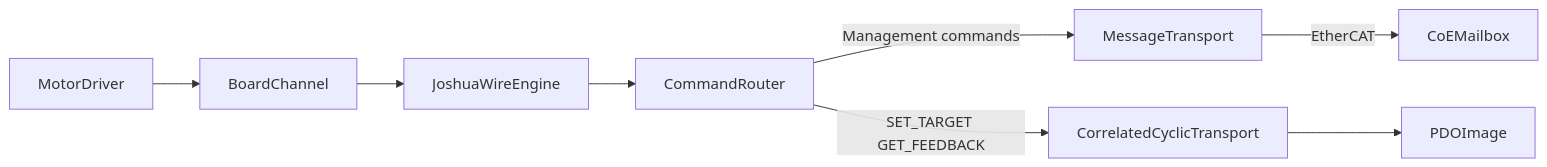
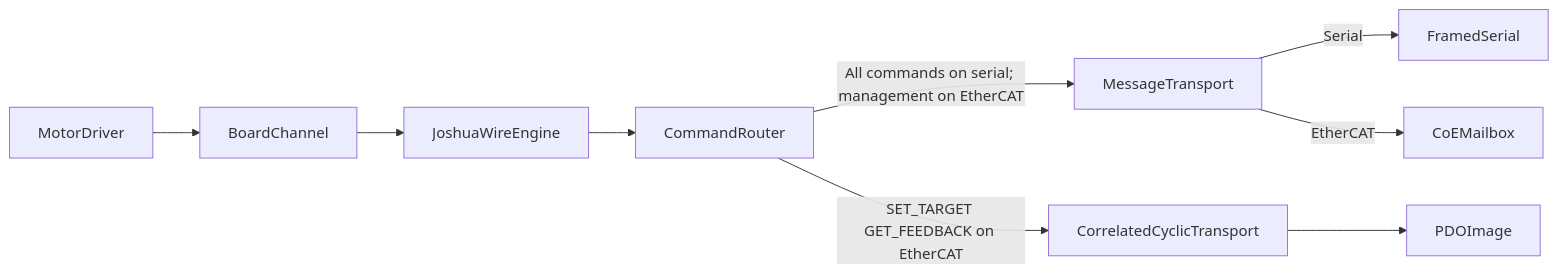
The second of 2 diagrams in docs/BOARD_COMM_SEPARATION_PLAN.md (Joshua-AI-Robotics/Joshua), drawn with Mermaid before and after one commit. The commit also changed other lines of this file, not shown here.

Commit message:
message id sized set to 4 bytes, session ID added to cover reset, UDP protocol considered, explicit cover on serial comm cyclic messages:

````diff
--- a/docs/BOARD_COMM_SEPARATION_PLAN.md
+++ b/docs/BOARD_COMM_SEPARATION_PLAN.md
@@ -201,10 +306,11 @@
 ```mermaid
 flowchart LR
   MotorDriver --> BoardChannel
   BoardChannel --> JoshuaWireEngine
   JoshuaWireEngine --> CommandRouter
-  CommandRouter -->|"Management commands"| MessageTransport
-  CommandRouter -->|"SET_TARGET GET_FEEDBACK"| CorrelatedCyclicTransport
+  CommandRouter -->|"All commands on serial; management on EtherCAT"| MessageTransport
+  CommandRouter -->|"SET_TARGET GET_FEEDBACK on EtherCAT"| CorrelatedCyclicTransport
+  MessageTransport -->|"Serial"| FramedSerial
   MessageTransport -->|"EtherCAT"| CoEMailbox
   CorrelatedCyclicTransport --> PDOImage
 ```
````
